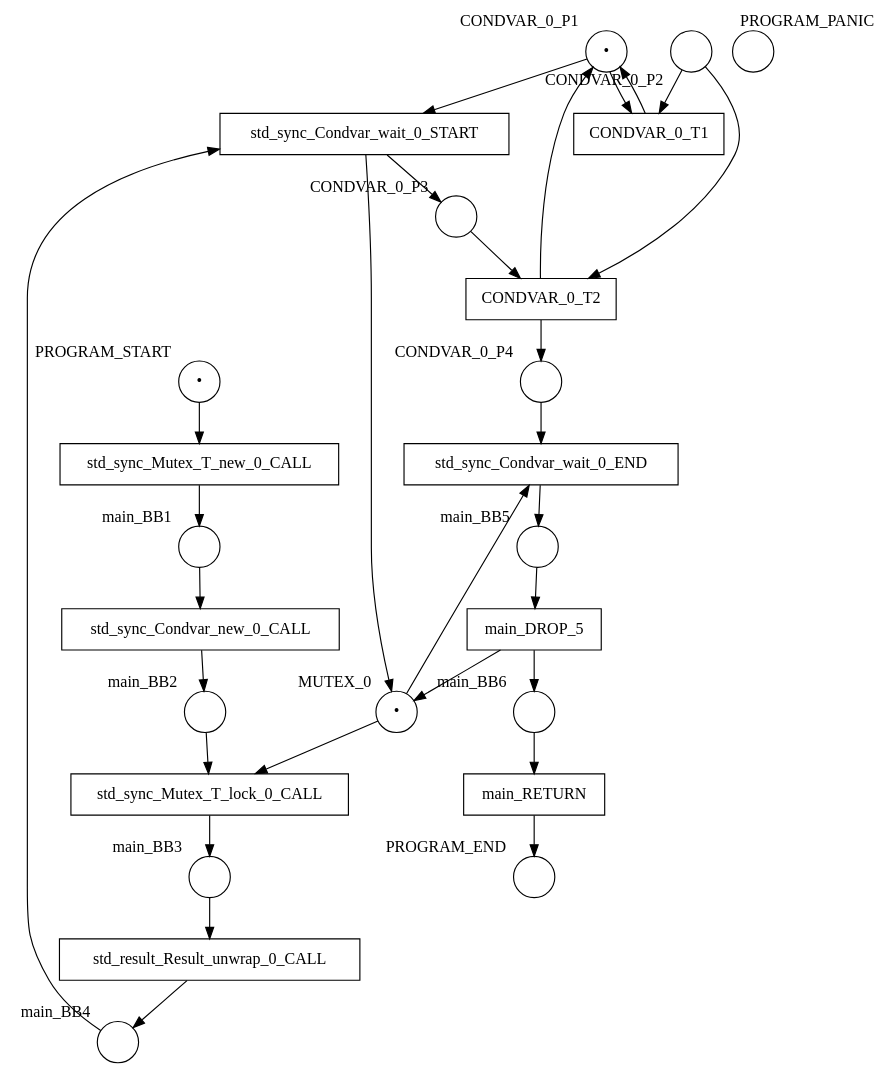
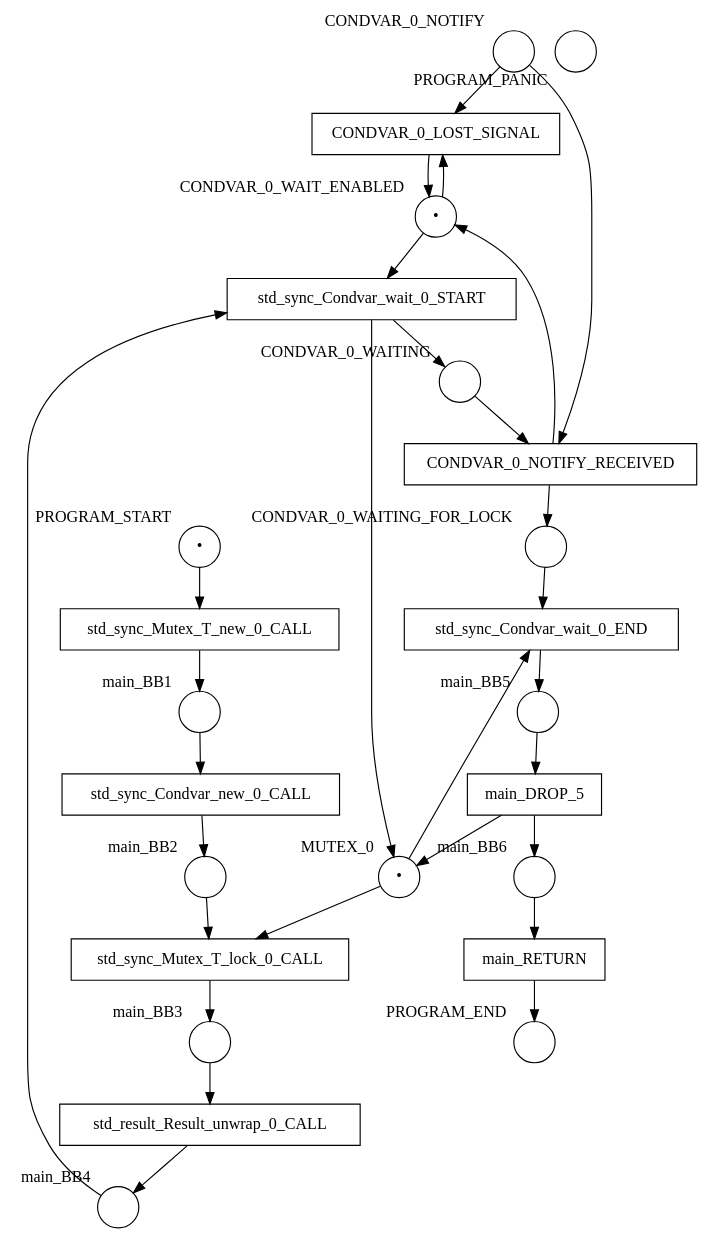
The diagram in examples/results/condvar/infinite_wait_deadlock/net.dot (hlisdero/cargo-check-deadlock), drawn with Graphviz before and after one commit. The commit also changed 13 other files, not shown here.

```diff
--- a/examples/results/condvar/infinite_wait_deadlock/net.dot
+++ b/examples/results/condvar/infinite_wait_deadlock/net.dot
@@ -1,54 +1,54 @@
 digraph petrinet {
-    CONDVAR_0_P1 [shape="circle" xlabel="CONDVAR_0_P1" label="•"];
-    CONDVAR_0_P2 [shape="circle" xlabel="CONDVAR_0_P2" label=""];
-    CONDVAR_0_P3 [shape="circle" xlabel="CONDVAR_0_P3" label=""];
-    CONDVAR_0_P4 [shape="circle" xlabel="CONDVAR_0_P4" label=""];
+    CONDVAR_0_NOTIFY [shape="circle" xlabel="CONDVAR_0_NOTIFY" label=""];
+    CONDVAR_0_WAITING [shape="circle" xlabel="CONDVAR_0_WAITING" label=""];
+    CONDVAR_0_WAITING_FOR_LOCK [shape="circle" xlabel="CONDVAR_0_WAITING_FOR_LOCK" label=""];
+    CONDVAR_0_WAIT_ENABLED [shape="circle" xlabel="CONDVAR_0_WAIT_ENABLED" label="•"];
     MUTEX_0 [shape="circle" xlabel="MUTEX_0" label="•"];
     PROGRAM_END [shape="circle" xlabel="PROGRAM_END" label=""];
     PROGRAM_PANIC [shape="circle" xlabel="PROGRAM_PANIC" label=""];
     PROGRAM_START [shape="circle" xlabel="PROGRAM_START" label="•"];
     main_BB1 [shape="circle" xlabel="main_BB1" label=""];
     main_BB2 [shape="circle" xlabel="main_BB2" label=""];
     main_BB3 [shape="circle" xlabel="main_BB3" label=""];
     main_BB4 [shape="circle" xlabel="main_BB4" label=""];
     main_BB5 [shape="circle" xlabel="main_BB5" label=""];
     main_BB6 [shape="circle" xlabel="main_BB6" label=""];
-    CONDVAR_0_T1 [shape="box" xlabel="" label="CONDVAR_0_T1"];
-    CONDVAR_0_T2 [shape="box" xlabel="" label="CONDVAR_0_T2"];
+    CONDVAR_0_LOST_SIGNAL [shape="box" xlabel="" label="CONDVAR_0_LOST_SIGNAL"];
+    CONDVAR_0_NOTIFY_RECEIVED [shape="box" xlabel="" label="CONDVAR_0_NOTIFY_RECEIVED"];
     main_DROP_5 [shape="box" xlabel="" label="main_DROP_5"];
     main_RETURN [shape="box" xlabel="" label="main_RETURN"];
     std_result_Result_unwrap_0_CALL [shape="box" xlabel="" label="std_result_Result_unwrap_0_CALL"];
     std_sync_Condvar_new_0_CALL [shape="box" xlabel="" label="std_sync_Condvar_new_0_CALL"];
     std_sync_Condvar_wait_0_END [shape="box" xlabel="" label="std_sync_Condvar_wait_0_END"];
     std_sync_Condvar_wait_0_START [shape="box" xlabel="" label="std_sync_Condvar_wait_0_START"];
     std_sync_Mutex_T_lock_0_CALL [shape="box" xlabel="" label="std_sync_Mutex_T_lock_0_CALL"];
     std_sync_Mutex_T_new_0_CALL [shape="box" xlabel="" label="std_sync_Mutex_T_new_0_CALL"];
-    CONDVAR_0_P1 -> CONDVAR_0_T1;
-    CONDVAR_0_P1 -> std_sync_Condvar_wait_0_START;
-    CONDVAR_0_P2 -> CONDVAR_0_T1;
-    CONDVAR_0_P2 -> CONDVAR_0_T2;
-    CONDVAR_0_P3 -> CONDVAR_0_T2;
-    CONDVAR_0_P4 -> std_sync_Condvar_wait_0_END;
+    CONDVAR_0_NOTIFY -> CONDVAR_0_LOST_SIGNAL;
+    CONDVAR_0_NOTIFY -> CONDVAR_0_NOTIFY_RECEIVED;
+    CONDVAR_0_WAITING -> CONDVAR_0_NOTIFY_RECEIVED;
+    CONDVAR_0_WAITING_FOR_LOCK -> std_sync_Condvar_wait_0_END;
+    CONDVAR_0_WAIT_ENABLED -> CONDVAR_0_LOST_SIGNAL;
+    CONDVAR_0_WAIT_ENABLED -> std_sync_Condvar_wait_0_START;
     MUTEX_0 -> std_sync_Condvar_wait_0_END;
     MUTEX_0 -> std_sync_Mutex_T_lock_0_CALL;
     PROGRAM_START -> std_sync_Mutex_T_new_0_CALL;
     main_BB1 -> std_sync_Condvar_new_0_CALL;
     main_BB2 -> std_sync_Mutex_T_lock_0_CALL;
     main_BB3 -> std_result_Result_unwrap_0_CALL;
     main_BB4 -> std_sync_Condvar_wait_0_START;
     main_BB5 -> main_DROP_5;
     main_BB6 -> main_RETURN;
-    CONDVAR_0_T1 -> CONDVAR_0_P1;
-    CONDVAR_0_T2 -> CONDVAR_0_P1;
-    CONDVAR_0_T2 -> CONDVAR_0_P4;
+    CONDVAR_0_LOST_SIGNAL -> CONDVAR_0_WAIT_ENABLED;
+    CONDVAR_0_NOTIFY_RECEIVED -> CONDVAR_0_WAITING_FOR_LOCK;
+    CONDVAR_0_NOTIFY_RECEIVED -> CONDVAR_0_WAIT_ENABLED;
     main_DROP_5 -> MUTEX_0;
     main_DROP_5 -> main_BB6;
     main_RETURN -> PROGRAM_END;
     std_result_Result_unwrap_0_CALL -> main_BB4;
     std_sync_Condvar_new_0_CALL -> main_BB2;
     std_sync_Condvar_wait_0_END -> main_BB5;
-    std_sync_Condvar_wait_0_START -> CONDVAR_0_P3;
+    std_sync_Condvar_wait_0_START -> CONDVAR_0_WAITING;
     std_sync_Condvar_wait_0_START -> MUTEX_0;
     std_sync_Mutex_T_lock_0_CALL -> main_BB3;
     std_sync_Mutex_T_new_0_CALL -> main_BB1;
 }
```
